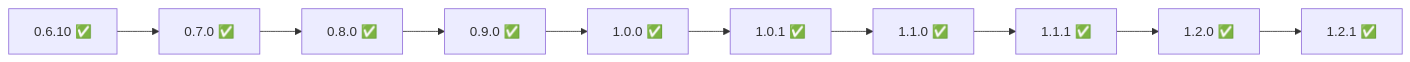
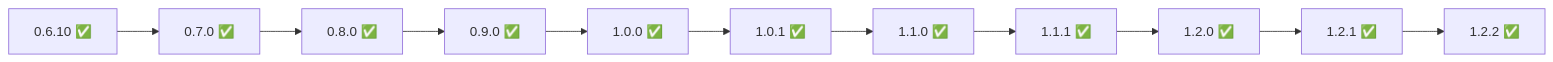
Before and after one commit to hrodrig/pgwd: the diagram in ROADMAP.md, drawn with Mermaid. The commit also changed other lines of this file and 7 other files, not shown here.

````diff
--- a/ROADMAP.md
+++ b/ROADMAP.md
@@ -19,12 +19,13 @@
 ```mermaid
 flowchart LR
   A["0.6.10 ✅"] --> B["0.7.0 ✅"]
   B --> C["0.8.0 ✅"]
   C --> D["0.9.0 ✅"]
   D --> E["1.0.0 ✅"]
   E --> F["1.0.1 ✅"]
   F --> G["1.1.0 ✅"]
   G --> H["1.1.1 ✅"]
   H --> I["1.2.0 ✅"]
   I --> J["1.2.1 ✅"]
+  J --> K["1.2.2 ✅"]
 ```
````
